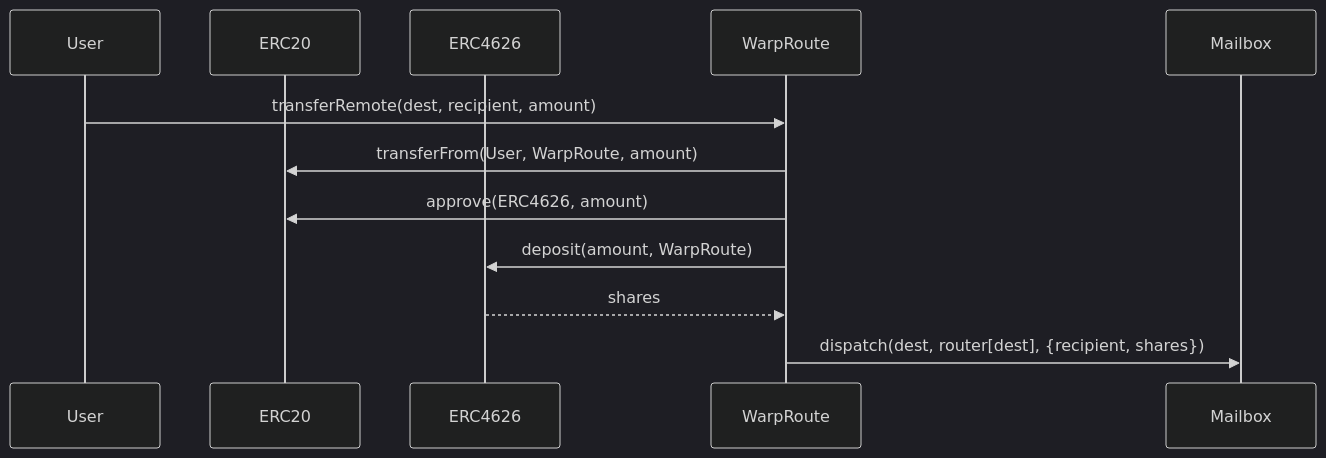
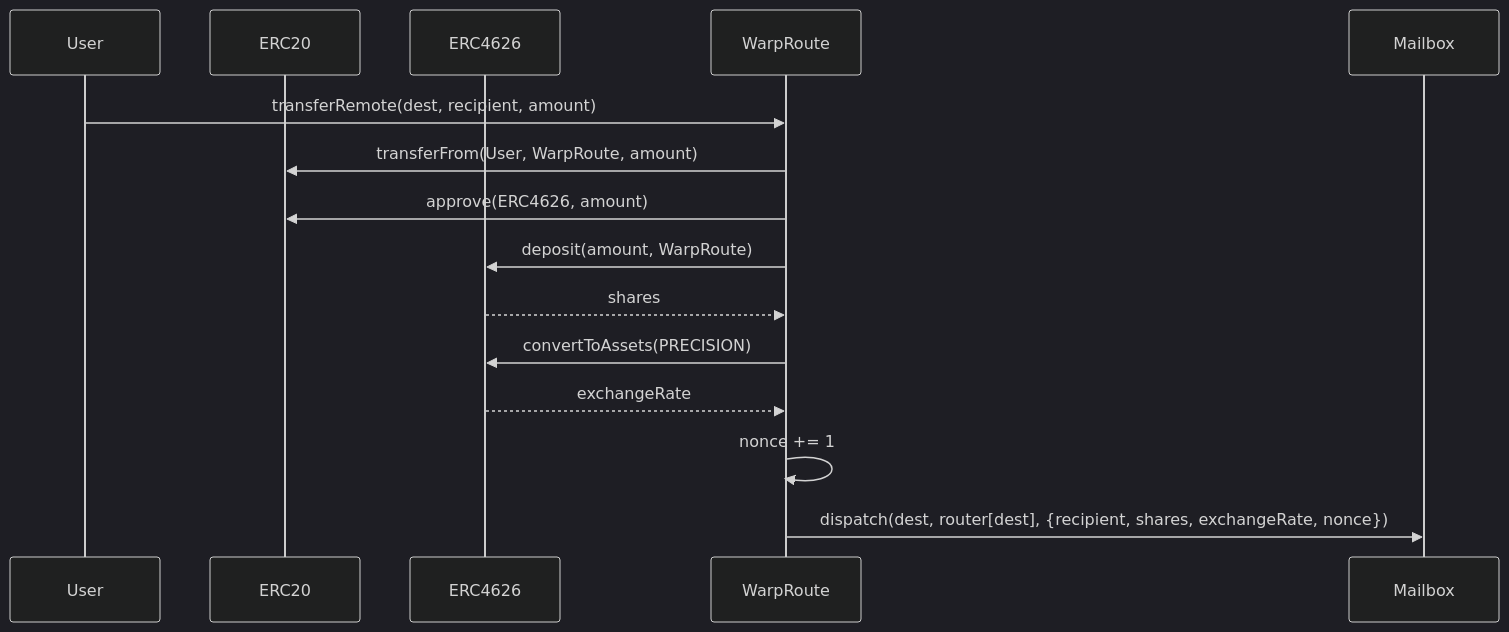
Before and after one commit to hyperlane-xyz/hyperlane-monorepo: the first of 4 diagrams in solidity/contracts/token/extensions/4626.md, drawn with Mermaid (dark theme). The commit also changed other lines of this file, not shown here.

````diff
--- a/solidity/contracts/token/extensions/4626.md
+++ b/solidity/contracts/token/extensions/4626.md
@@ -3,16 +11,19 @@
 ```mermaid
 sequenceDiagram
     participant User
     participant ERC20
     participant ERC4626
     participant WarpRoute
     participant Mailbox
 
     User->>WarpRoute: transferRemote(dest, recipient, amount)
     WarpRoute->>ERC20: transferFrom(User, WarpRoute, amount)
     WarpRoute->>ERC20: approve(ERC4626, amount)
     WarpRoute->>ERC4626: deposit(amount, WarpRoute)
     ERC4626-->>WarpRoute: shares
+    WarpRoute->>ERC4626: convertToAssets(PRECISION)
+    ERC4626-->>WarpRoute: exchangeRate
+    WarpRoute->>WarpRoute: nonce += 1
 
-    WarpRoute->>Mailbox: dispatch(dest, router[dest], {recipient, shares})
+    WarpRoute->>Mailbox: dispatch(dest, router[dest], {recipient, shares, exchangeRate, nonce})
 ```
````
